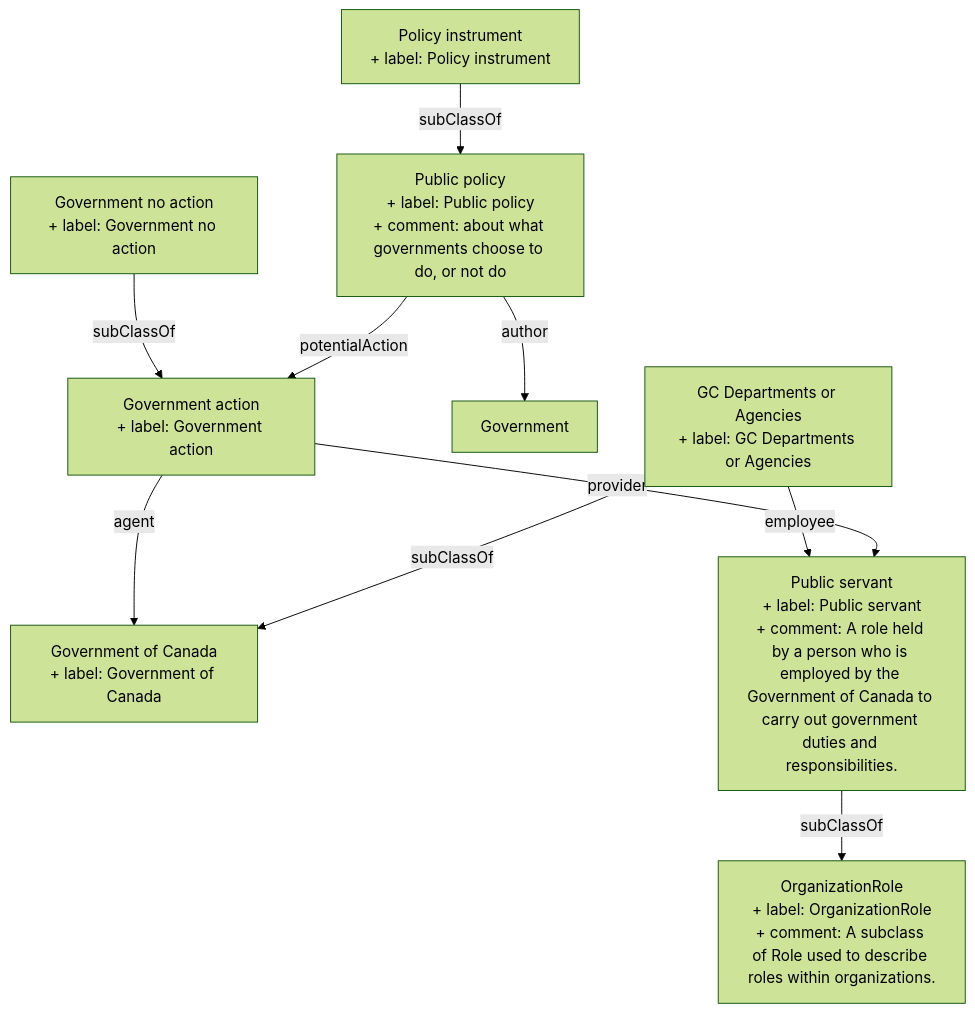
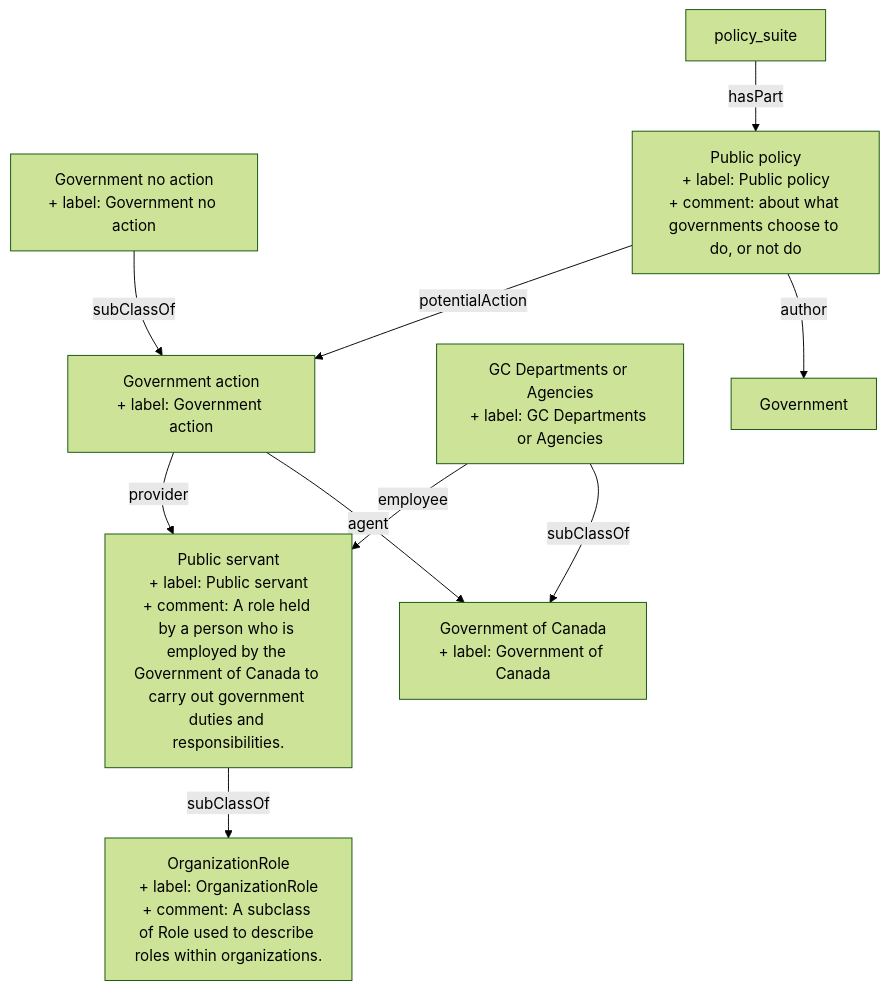
The diagram in content/policy on service and digital/government_no_action.md (heidingaway/heidi2), drawn with Mermaid (forest theme) before and after one commit. The commit also changed other lines of this file and 512 other files, not shown here.

````diff
--- a/content/policy on service and digital/government_no_action.md
+++ b/content/policy on service and digital/government_no_action.md
@@ -30,21 +29,21 @@
 ```mermaid
 graph TD
   Government_no_action["Government no action<br>+ label: Government no action"]:::current-page-node
   Government_action["Government action<br>+ label: Government action"]
   Government_of_Canada["Government of Canada<br>+ label: Government of Canada"]
   Public_servant["Public servant<br>+ label: Public servant<br>+ comment: A role held by a person who is employed by the Government of Canada to carry out government duties and responsibilities."]
   Public_policy["Public policy<br>+ label: Public policy<br>+ comment: about what governments choose to do, or not do"]
+  OrganizationRole["OrganizationRole<br>+ label: OrganizationRole<br>+ comment: A subclass of Role used to describe roles within organizations."]
+  GC_Departments_or_Agencies["GC Departments or Agencies<br>+ label: GC Departments or Agencies"]
   Government["Government"]
-  Policy_instrument["Policy instrument<br>+ label: Policy instrument"]
-  GC_Departments_or_Agencies["GC Departments or Agencies<br>+ label: GC Departments or Agencies"]
-  OrganizationRole["OrganizationRole<br>+ label: OrganizationRole<br>+ comment: A subclass of Role used to describe roles within organizations."]
+  policy_suite["policy_suite"]
+  Public_policy-->|" author "|Government
+  policy_suite-->|" hasPart "|Public_policy
+  GC_Departments_or_Agencies-->|" subClassOf "|Government_of_Canada
+  Public_policy-->|" potentialAction "|Government_action
+  Government_action-->|" agent "|Government_of_Canada
+  Government_action-->|" provider "|Public_servant
+  Public_servant-->|" subClassOf "|OrganizationRole
   Government_no_action-->|" subClassOf "|Government_action
   GC_Departments_or_Agencies-->|" employee "|Public_servant
-  Government_action-->|" agent "|Government_of_Canada
-  GC_Departments_or_Agencies-->|" subClassOf "|Government_of_Canada
-  Policy_instrument-->|" subClassOf "|Public_policy
-  Public_servant-->|" subClassOf "|OrganizationRole
-  Public_policy-->|" author "|Government
-  Public_policy-->|" potentialAction "|Government_action
-  Government_action-->|" provider "|Public_servant
 ```
````
